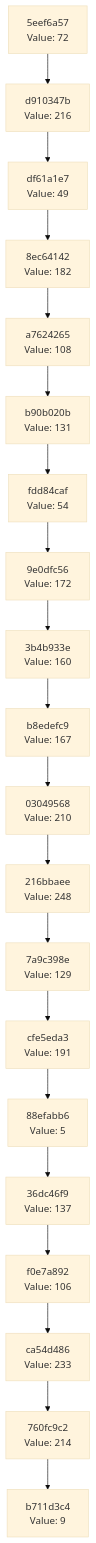
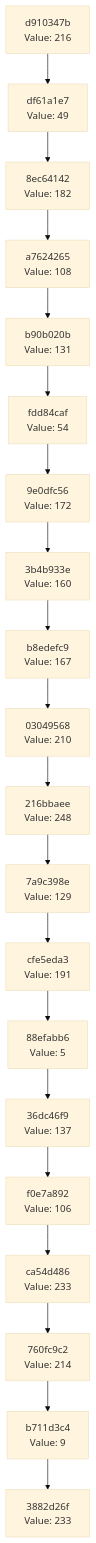
Before and after one commit to Abhisheksinha1506/hash-chain-evolver: the diagram in docs/CHAIN_VISUALIZATION.md, drawn with Mermaid (base theme). The commit also changed 2 other files, not shown here.

Commit message:
Evolution step: hash 0xE9 → action executed

````diff
--- a/docs/CHAIN_VISUALIZATION.md
+++ b/docs/CHAIN_VISUALIZATION.md
@@ -3,42 +3,42 @@
 ```mermaid
 graph TD
-    C0["b711d3c4<br/>Value: 9"]
-    C1["760fc9c2<br/>Value: 214"]
+    C0["3882d26f<br/>Value: 233"]
+    C1["b711d3c4<br/>Value: 9"]
     C1 --> C0
-    C2["ca54d486<br/>Value: 233"]
+    C2["760fc9c2<br/>Value: 214"]
     C2 --> C1
-    C3["f0e7a892<br/>Value: 106"]
+    C3["ca54d486<br/>Value: 233"]
     C3 --> C2
-    C4["36dc46f9<br/>Value: 137"]
+    C4["f0e7a892<br/>Value: 106"]
     C4 --> C3
-    C5["88efabb6<br/>Value: 5"]
+    C5["36dc46f9<br/>Value: 137"]
     C5 --> C4
-    C6["cfe5eda3<br/>Value: 191"]
+    C6["88efabb6<br/>Value: 5"]
     C6 --> C5
-    C7["7a9c398e<br/>Value: 129"]
+    C7["cfe5eda3<br/>Value: 191"]
     C7 --> C6
-    C8["216bbaee<br/>Value: 248"]
+    C8["7a9c398e<br/>Value: 129"]
     C8 --> C7
-    C9["03049568<br/>Value: 210"]
+    C9["216bbaee<br/>Value: 248"]
     C9 --> C8
-    C10["b8edefc9<br/>Value: 167"]
+    C10["03049568<br/>Value: 210"]
     C10 --> C9
-    C11["3b4b933e<br/>Value: 160"]
+    C11["b8edefc9<br/>Value: 167"]
     C11 --> C10
-    C12["9e0dfc56<br/>Value: 172"]
+    C12["3b4b933e<br/>Value: 160"]
     C12 --> C11
-    C13["fdd84caf<br/>Value: 54"]
+    C13["9e0dfc56<br/>Value: 172"]
     C13 --> C12
-    C14["b90b020b<br/>Value: 131"]
+    C14["fdd84caf<br/>Value: 54"]
     C14 --> C13
-    C15["a7624265<br/>Value: 108"]
+    C15["b90b020b<br/>Value: 131"]
     C15 --> C14
-    C16["8ec64142<br/>Value: 182"]
+    C16["a7624265<br/>Value: 108"]
     C16 --> C15
-    C17["df61a1e7<br/>Value: 49"]
+    C17["8ec64142<br/>Value: 182"]
     C17 --> C16
-    C18["d910347b<br/>Value: 216"]
+    C18["df61a1e7<br/>Value: 49"]
     C18 --> C17
-    C19["5eef6a57<br/>Value: 72"]
+    C19["d910347b<br/>Value: 216"]
     C19 --> C18
 ```
````
